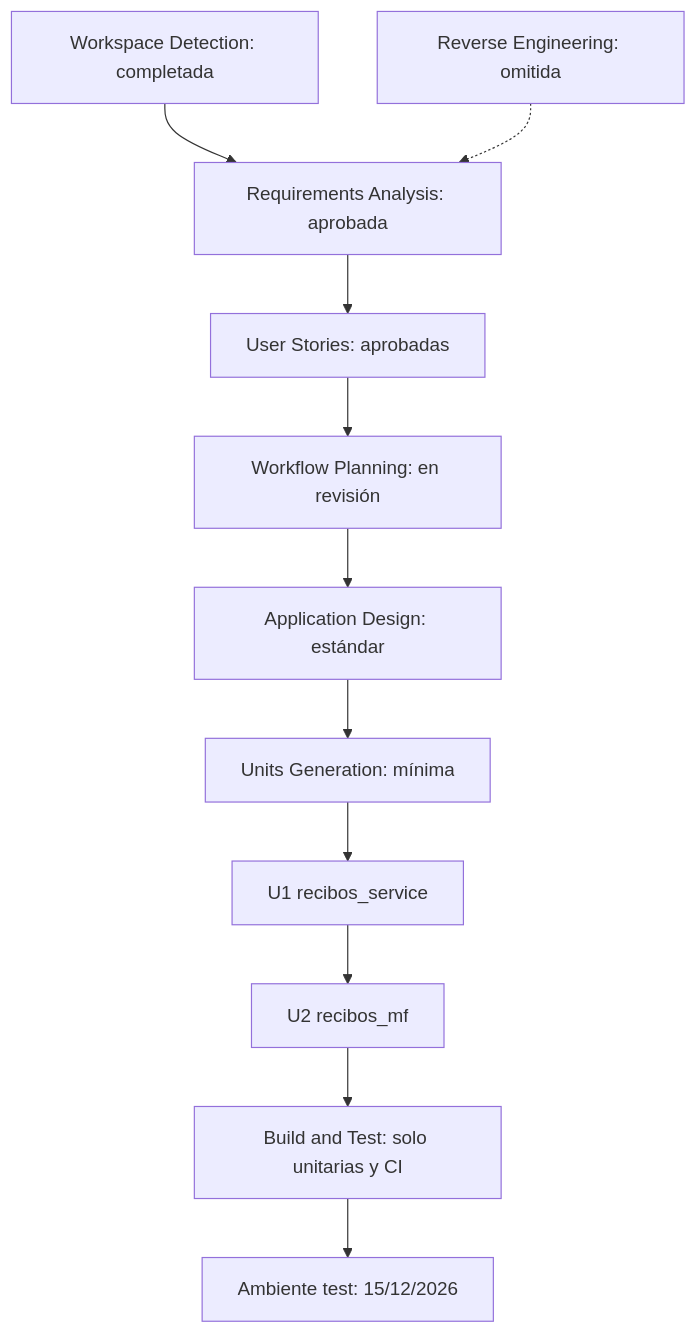
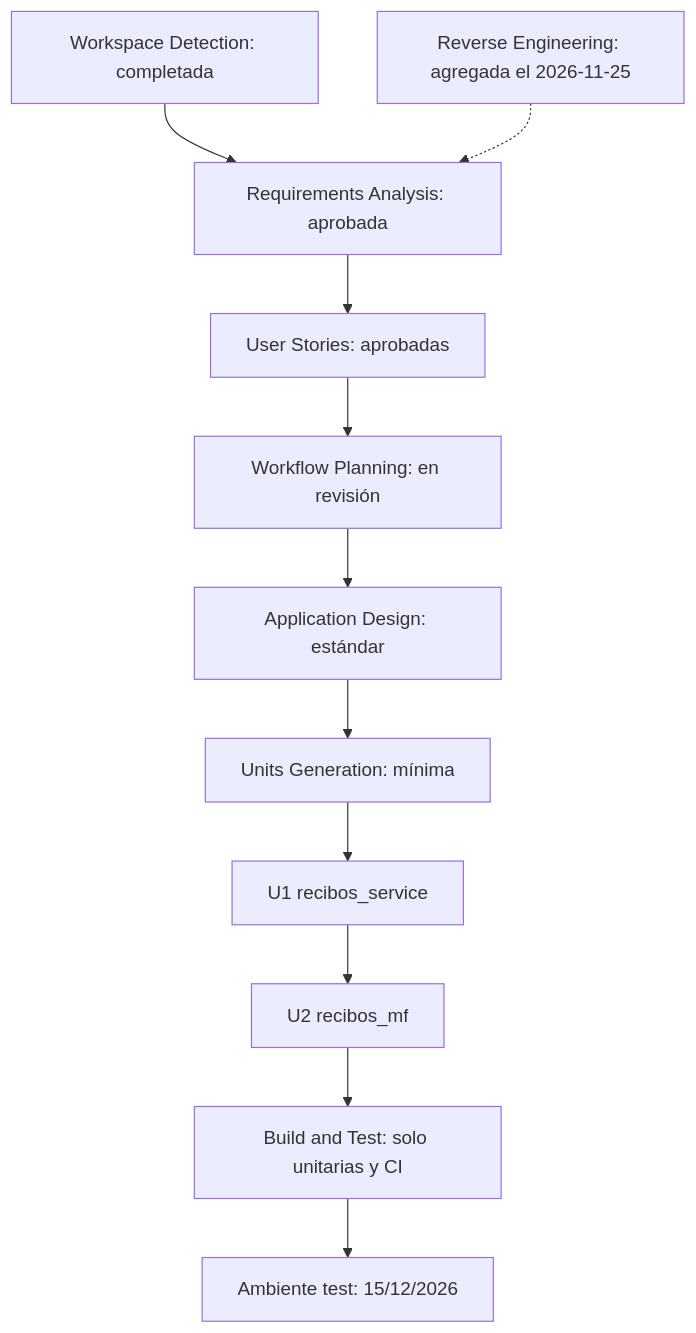
The first of 2 diagrams in aidlc-docs/inception/plans/execution-plan.md (braianestiven/recibos), drawn with Mermaid before and after one commit. The commit also changed other lines of this file and 87 other files, not shown here.

````diff
--- a/aidlc-docs/inception/plans/execution-plan.md
+++ b/aidlc-docs/inception/plans/execution-plan.md
@@ -53,13 +53,13 @@
 ```mermaid
 flowchart TD
     WD["Workspace Detection: completada"] --> RA["Requirements Analysis: aprobada"]
-    RE["Reverse Engineering: omitida"] -.-> RA
+    RE["Reverse Engineering: agregada el 2026-11-25"] -.-> RA
     RA --> USS["User Stories: aprobadas"]
     USS --> WP["Workflow Planning: en revisión"]
     WP --> AD["Application Design: estándar"]
     AD --> UG["Units Generation: mínima"]
     UG --> U1["U1 recibos_service"]
     U1 --> U2["U2 recibos_mf"]
     U2 --> BT["Build and Test: solo unitarias y CI"]
     BT --> DEP["Ambiente test: 15/12/2026"]
 ```
````
